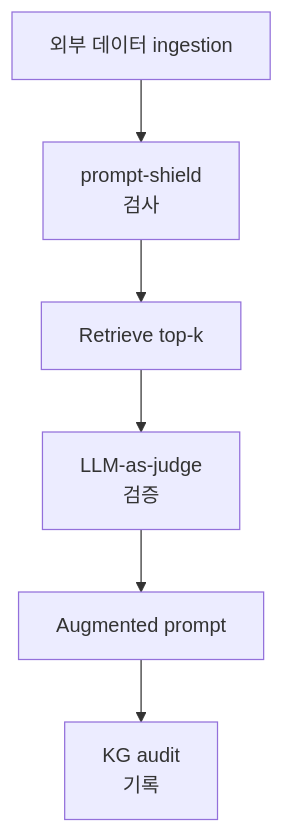
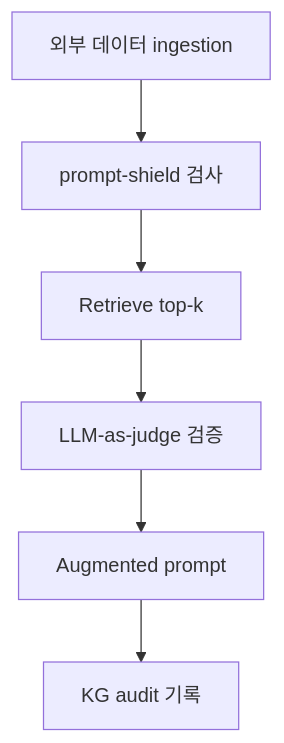
The first of 2 diagrams in contents/standalone/lecture/aisec/week14.md (mrgrit/ccc), drawn with Mermaid before and after one commit. The commit also changed other lines of this file and 1 other file, not shown here.

````diff
--- a/contents/standalone/lecture/aisec/week14.md
+++ b/contents/standalone/lecture/aisec/week14.md
@@ -140,15 +181,15 @@
 ```mermaid
 flowchart TB
     INPUT[외부 데이터 ingestion]
-    SHIELD[prompt-shield<br/>검사]
+    SHIELD[prompt-shield 검사]
     RETRIEVE[Retrieve top-k]
-    VALIDATE[LLM-as-judge<br/>검증]
+    VALIDATE[LLM-as-judge 검증]
     USE[Augmented prompt]
-    AUDIT[KG audit<br/>기록]
+    AUDIT[KG audit 기록]
 
     INPUT --> SHIELD
     SHIELD --> RETRIEVE
     RETRIEVE --> VALIDATE
     VALIDATE --> USE
     USE --> AUDIT
 ```
````
